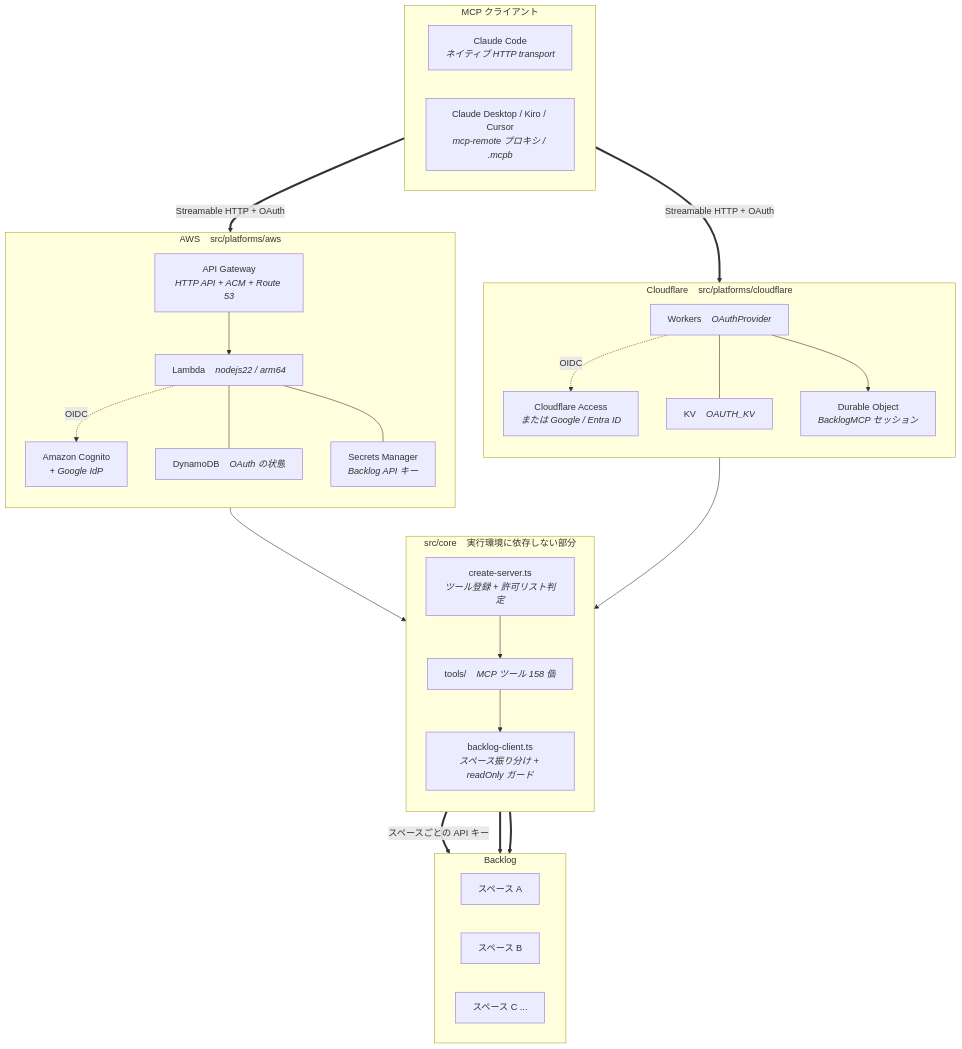
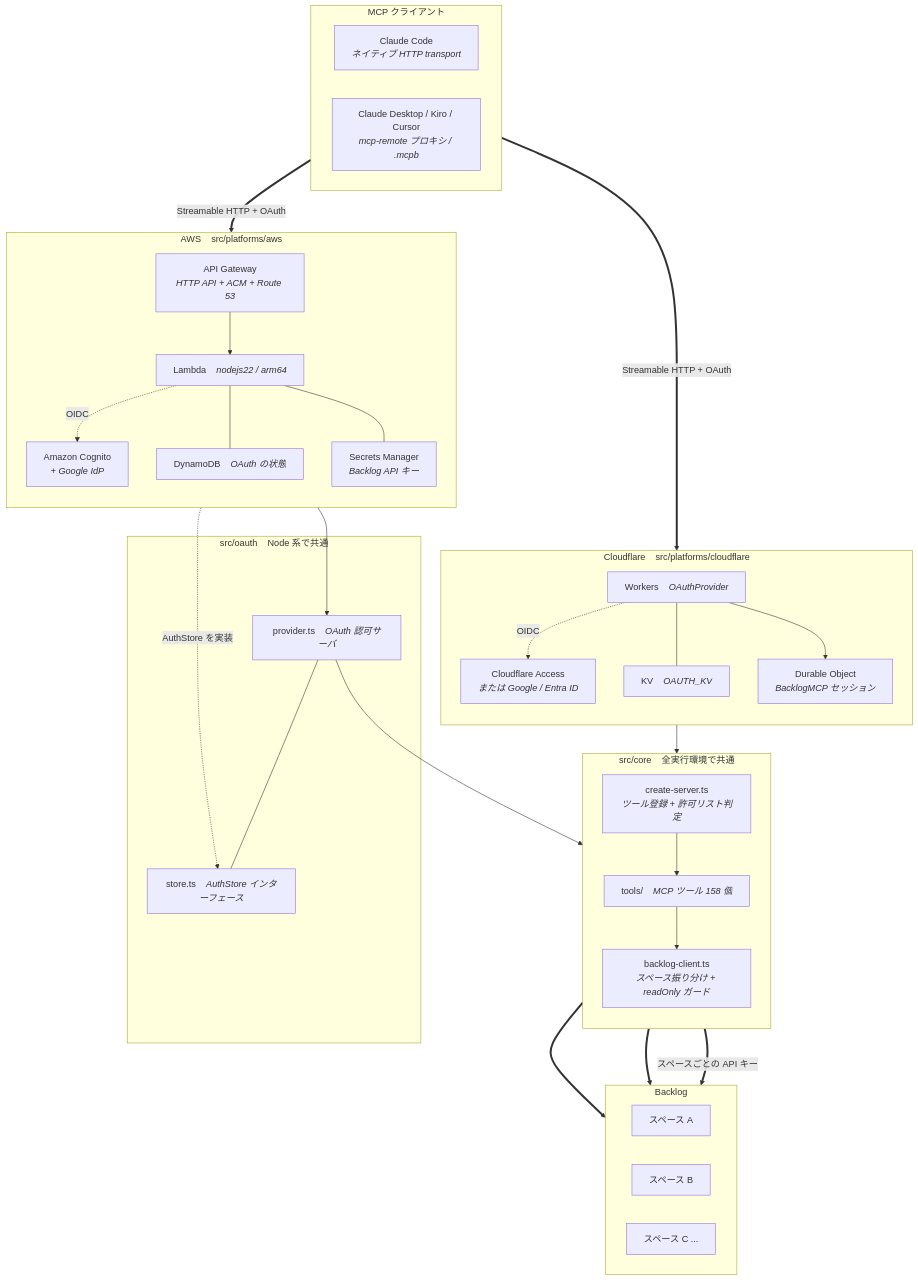
Before and after one commit to midnight480/backlog-remote-mcp-server: the first of 2 diagrams in README_ja.md, drawn with Mermaid. The commit also changed other lines of this file and 14 other files, not shown here.

First line of the commit message:
refactor: 汎用の OAuth 認可サーバを src/oauth へ引き上げる

````diff
--- a/README_ja.md
+++ b/README_ja.md
@@ -156,55 +156,63 @@
 ```mermaid
 flowchart TB
     subgraph clients["MCP クライアント"]
         direction LR
         CC["Claude Code<br/><i>ネイティブ HTTP transport</i>"]
         CD["Claude Desktop / Kiro / Cursor<br/><i>mcp-remote プロキシ / .mcpb</i>"]
     end
 
     subgraph cf["Cloudflare &nbsp;&nbsp; src/platforms/cloudflare"]
         direction TB
         CFW["Workers &nbsp;&nbsp; <i>OAuthProvider</i>"]
         CFA["Cloudflare Access<br/><i>または Google / Entra ID</i>"]
         CFKV["KV &nbsp;&nbsp; <i>OAUTH_KV</i>"]
         CFDO["Durable Object<br/><i>BacklogMCP セッション</i>"]
         CFW -. "OIDC" .-> CFA
         CFW --- CFKV
         CFW --> CFDO
     end
 
     subgraph aws["AWS &nbsp;&nbsp; src/platforms/aws"]
         direction TB
         APIGW["API Gateway<br/><i>HTTP API + ACM + Route 53</i>"]
         LAMBDA["Lambda &nbsp;&nbsp; <i>nodejs22 / arm64</i>"]
         COG["Amazon Cognito<br/><i>+ Google IdP</i>"]
         DDB["DynamoDB &nbsp;&nbsp; <i>OAuth の状態</i>"]
         SM["Secrets Manager<br/><i>Backlog API キー</i>"]
         APIGW --> LAMBDA
         LAMBDA -. "OIDC" .-> COG
         LAMBDA --- DDB
         LAMBDA --- SM
     end
 
-    subgraph shared["src/core &nbsp;&nbsp; 実行環境に依存しない部分"]
+    subgraph oauth["src/oauth &nbsp;&nbsp; Node 系で共通"]
+        OP["provider.ts &nbsp;&nbsp; <i>OAuth 認可サーバ</i>"]
+        OS["store.ts &nbsp;&nbsp; <i>AuthStore インターフェース</i>"]
+        OP --- OS
+    end
+
+    subgraph shared["src/core &nbsp;&nbsp; 全実行環境で共通"]
         direction TB
         CS["create-server.ts<br/><i>ツール登録 + 許可リスト判定</i>"]
         TOOLS["tools/ &nbsp;&nbsp; <i>MCP ツール 158 個</i>"]
         BC["backlog-client.ts<br/><i>スペース振り分け + readOnly ガード</i>"]
         CS --> TOOLS --> BC
     end
 
     subgraph backlog["Backlog"]
         direction LR
         BLA["スペース A"]
         BLB["スペース B"]
         BLC["スペース C ..."]
     end
 
     clients == "Streamable HTTP + OAuth" ==> CFW
     clients == "Streamable HTTP + OAuth" ==> APIGW
     CFDO --> CS
-    LAMBDA --> CS
+    LAMBDA --> OP
+    OP --> CS
+    DDB -. "AuthStore を実装" .-> OS
     BC == "スペースごとの API キー" ==> BLA
     BC ==> BLB
     BC ==> BLC
 ```
````
